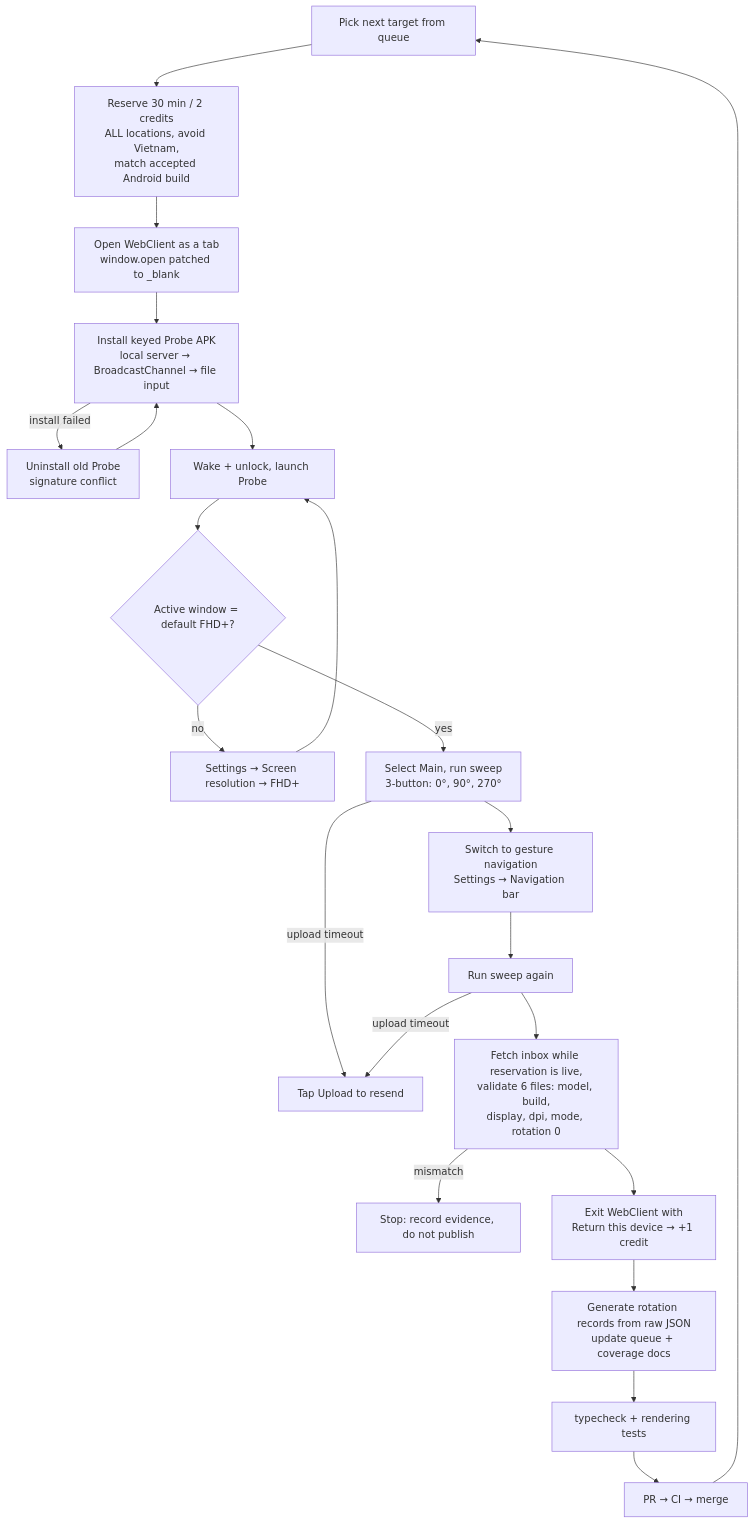
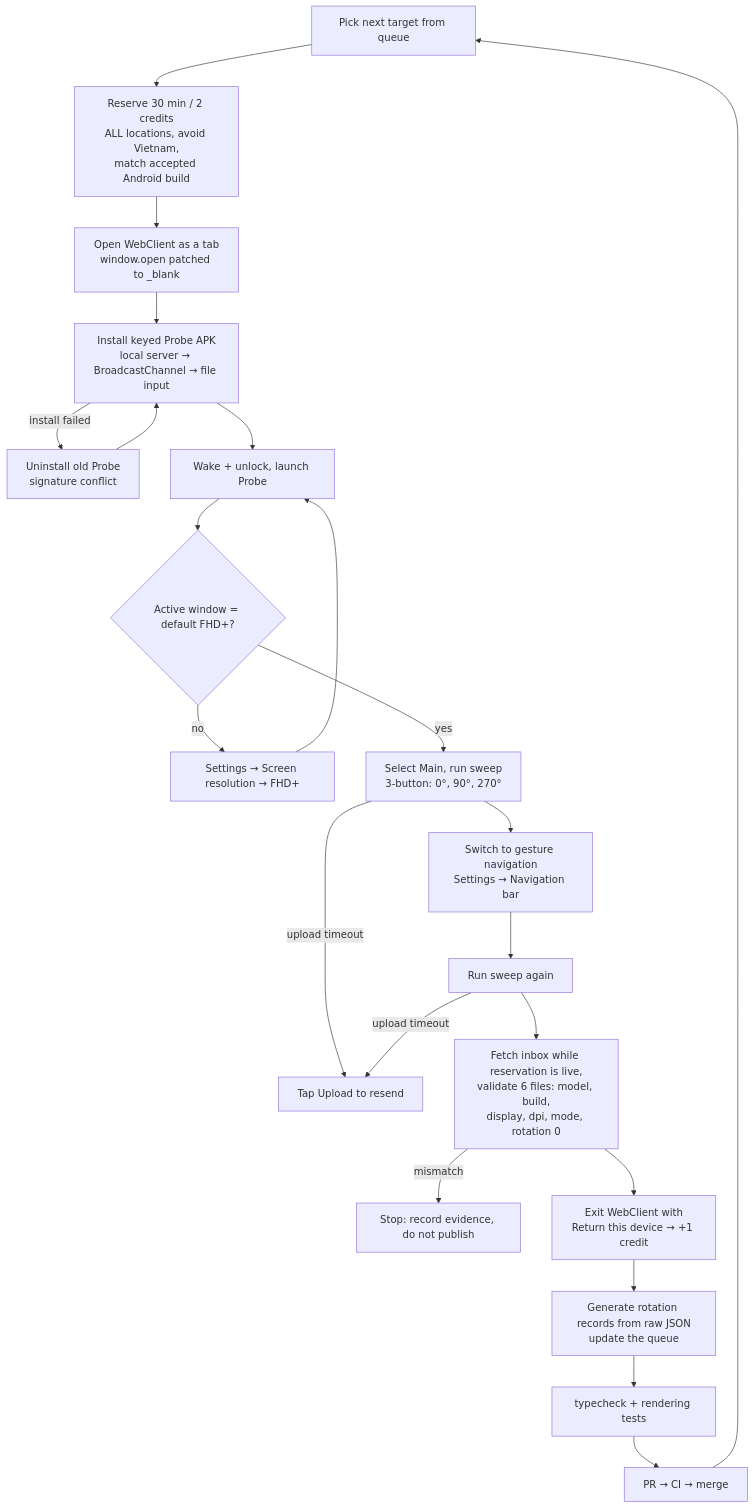
Before and after one commit to easyhooon/windowinsets.info: the second of 3 diagrams in docs/MEASUREMENT_HARNESS.md, drawn with Mermaid. The commit also changed other lines of this file and 8 other files, not shown here.

````diff
--- a/docs/MEASUREMENT_HARNESS.md
+++ b/docs/MEASUREMENT_HARNESS.md
@@ -62,21 +62,21 @@
 ```mermaid
 flowchart TD
   A[Pick next target from queue] --> B[Reserve 30 min / 2 credits<br/>ALL locations, avoid Vietnam,<br/>match accepted Android build]
   B --> C[Open WebClient as a tab<br/>window.open patched to _blank]
   C --> D[Install keyed Probe APK<br/>local server → BroadcastChannel → file input]
   D -->|install failed| D1[Uninstall old Probe<br/>signature conflict] --> D
   D --> E[Wake + unlock, launch Probe]
   E --> F{Active window = default FHD+?}
   F -->|no| F1[Settings → Screen resolution → FHD+] --> E
   F -->|yes| G[Select Main, run sweep<br/>3-button: 0°, 90°, 270°]
   G --> H[Switch to gesture navigation<br/>Settings → Navigation bar]
   H --> I[Run sweep again]
   G & I -->|upload timeout| U[Tap Upload to resend]
   I --> K[Fetch inbox while reservation is live,<br/>validate 6 files: model, build,<br/>display, dpi, mode, rotation 0]
   K -->|mismatch| K1[Stop: record evidence, do not publish]
   K --> J[Exit WebClient with<br/>Return this device → +1 credit]
-  J --> L[Generate rotation records from raw JSON<br/>update queue + coverage docs]
+  J --> L[Generate rotation records from raw JSON<br/>update the queue]
   L --> M[typecheck + rendering tests]
   M --> N[PR → CI → merge]
   N --> A
 ```
````
